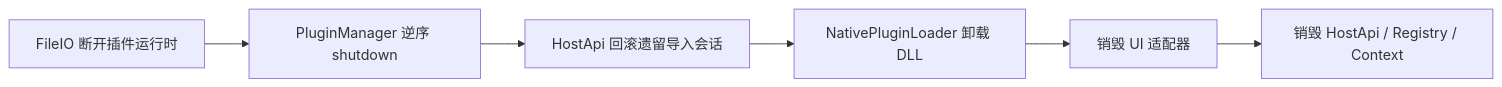
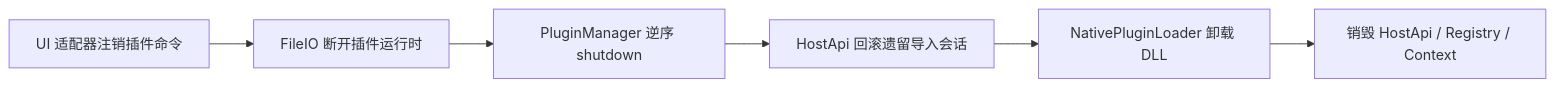
The third of 3 diagrams in doc/PLUGIN_SYSTEM_ARCHITECTURE.md (chicai-18/YiCAD), drawn with Mermaid before and after one commit. The commit also changed other lines of this file and 13 other files, not shown here.

````diff
--- a/doc/PLUGIN_SYSTEM_ARCHITECTURE.md
+++ b/doc/PLUGIN_SYSTEM_ARCHITECTURE.md
@@ -253,8 +257,8 @@
 ```mermaid
 flowchart LR
-    A[FileIO 断开插件运行时] --> B[PluginManager 逆序 shutdown]
+    Z[UI 适配器注销插件命令] --> A[FileIO 断开插件运行时]
+    A --> B[PluginManager 逆序 shutdown]
     B --> C[HostApi 回滚遗留导入会话]
     C --> D[NativePluginLoader 卸载 DLL]
-    D --> E[销毁 UI 适配器]
-    E --> F[销毁 HostApi / Registry / Context]
+    D --> F[销毁 HostApi / Registry / Context]
 ```
````
